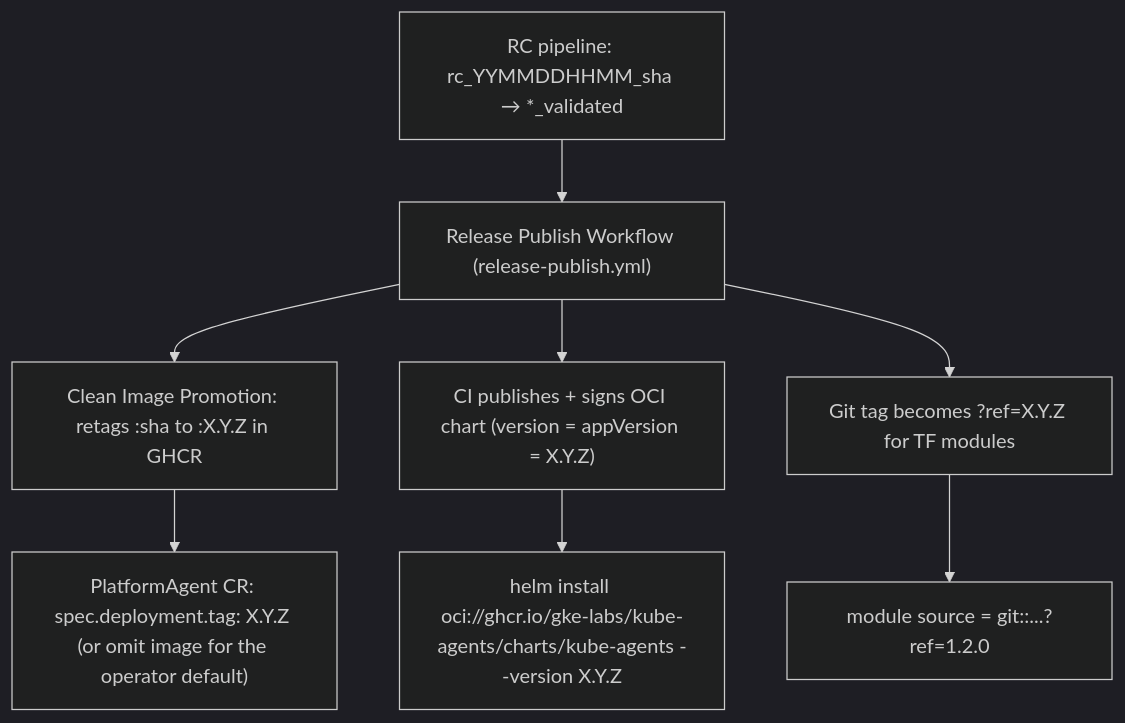
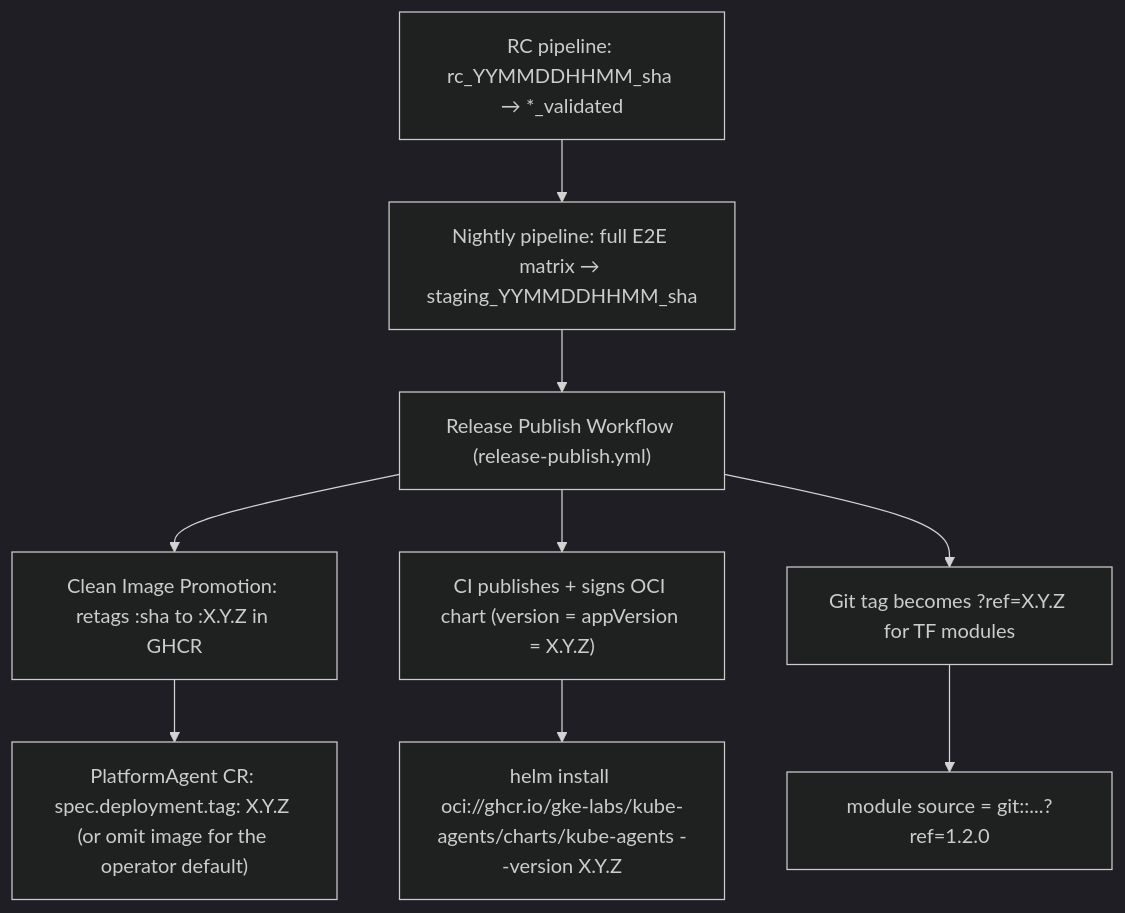
One commit to gke-agentic/kube-agents changed the diagram in docs/designs/semver-deployment-versioning.md. Above: the diagram before and after it, drawn with Mermaid (dark theme). The commit also changed other lines of this file and 1 other file, not shown here.

First line of the commit message:
docs(release): reconcile the version-flow docs to the staging gate

````diff
--- a/docs/designs/semver-deployment-versioning.md
+++ b/docs/designs/semver-deployment-versioning.md
@@ -56,10 +58,11 @@
 ```mermaid
 graph TD
-    A["RC pipeline: rc_YYMMDDHHMM_sha → *_validated"] --> B["Release Publish Workflow (release-publish.yml)"]
+    A["RC pipeline: rc_YYMMDDHHMM_sha → *_validated"] --> A2["Nightly pipeline: full E2E matrix → staging_YYMMDDHHMM_sha"]
+    A2 --> B["Release Publish Workflow (release-publish.yml)"]
     B --> C["Clean Image Promotion: retags :sha to :X.Y.Z in GHCR"]
     B --> D["CI publishes + signs OCI chart (version = appVersion = X.Y.Z)"]
     B --> E["Git tag becomes ?ref=X.Y.Z for TF modules"]
     C --> F["PlatformAgent CR: spec.deployment.tag: X.Y.Z (or omit image for the operator default)"]
     D --> G["helm install oci://ghcr.io/gke-labs/kube-agents/charts/kube-agents --version X.Y.Z"]
     E --> H["module source = git::...?ref=1.2.0"]
 ```
````
